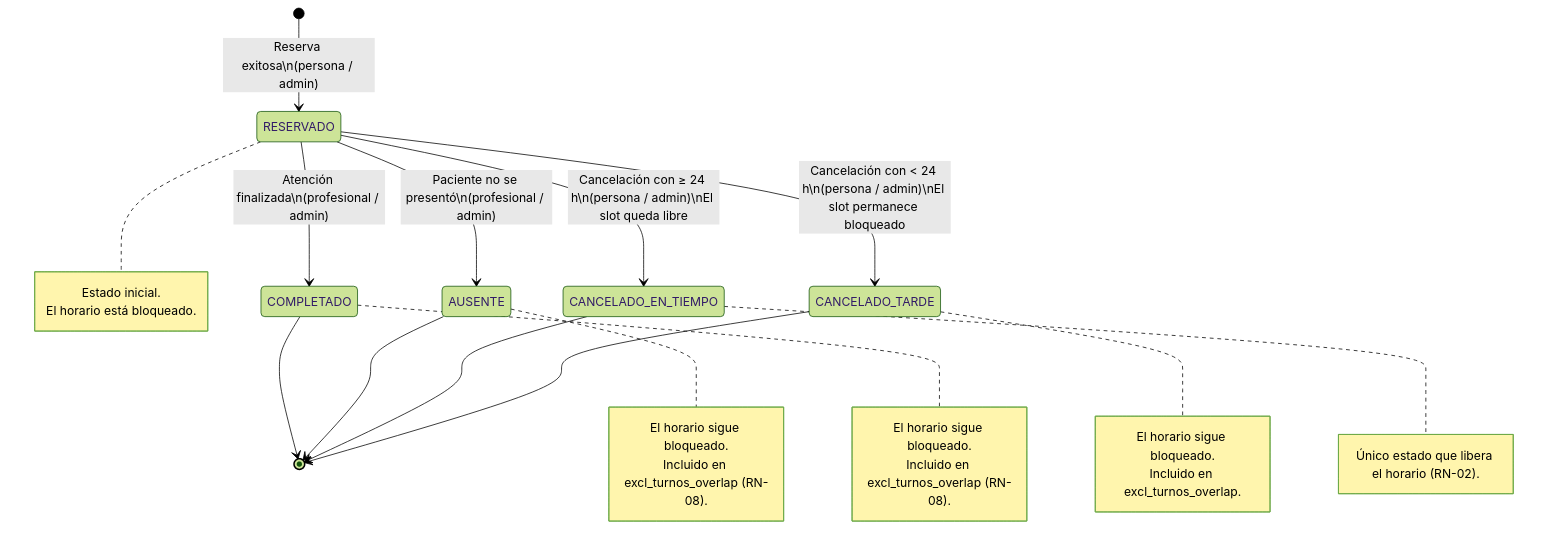
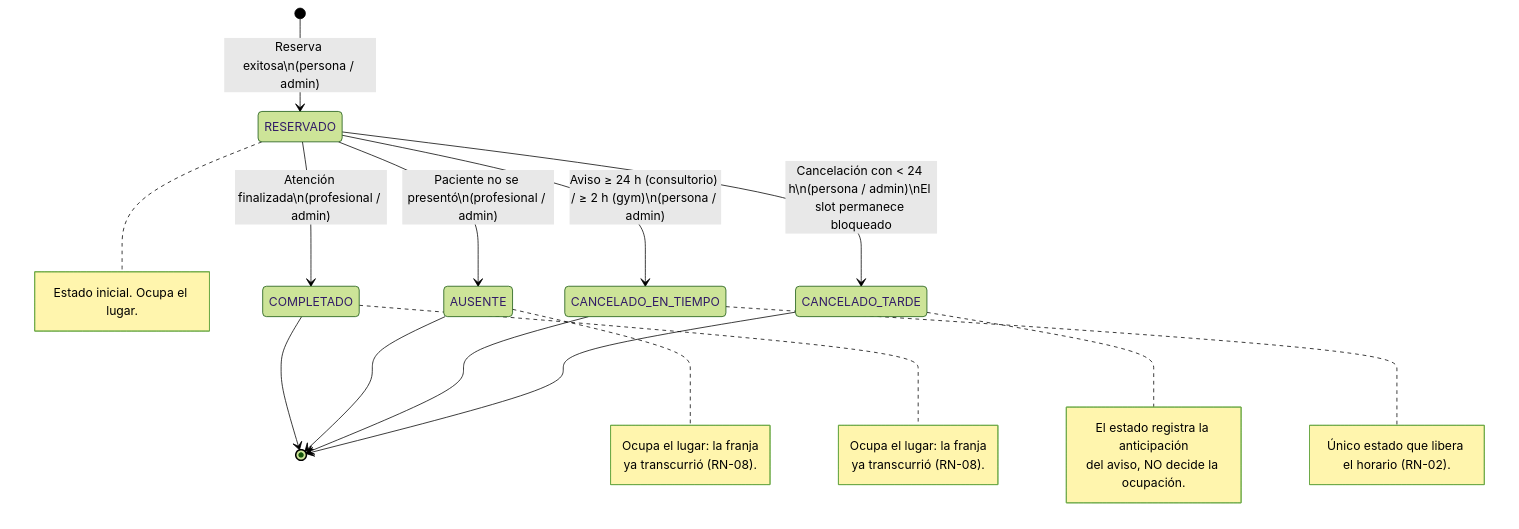
The second of 11 diagrams in docs/02-diseno/diagramas.md (rcalcatelli/vitalys-app), drawn with Mermaid (forest theme) before and after one commit. The commit also changed other lines of this file and 6 other files, not shown here.

````diff
--- a/docs/02-diseno/diagramas.md
+++ b/docs/02-diseno/diagramas.md
@@ -101,41 +101,40 @@
 ```mermaid
 stateDiagram-v2
     [*] --> RESERVADO : Reserva exitosa\n(persona / admin)
 
     RESERVADO --> COMPLETADO : Atención finalizada\n(profesional / admin)
 
     RESERVADO --> AUSENTE : Paciente no se presentó\n(profesional / admin)
 
-    RESERVADO --> CANCELADO_EN_TIEMPO : Cancelación con ≥ 24 h\n(persona / admin)\nEl slot queda libre
+    RESERVADO --> CANCELADO_EN_TIEMPO : Aviso ≥ 24 h (consultorio) / ≥ 2 h (gym)\n(persona / admin)
 
     RESERVADO --> CANCELADO_TARDE : Cancelación con < 24 h\n(persona / admin)\nEl slot permanece bloqueado
 
     COMPLETADO --> [*]
     AUSENTE --> [*]
     CANCELADO_EN_TIEMPO --> [*]
     CANCELADO_TARDE --> [*]
 
     note right of RESERVADO
-        Estado inicial.
-        El horario está bloqueado.
+        Estado inicial. Ocupa el lugar.
     end note
 
     note right of AUSENTE
-        El horario sigue bloqueado.
-        Incluido en excl_turnos_overlap (RN-08).
+        Ocupa el lugar: la franja
+        ya transcurrió (RN-08).
     end note
 
     note right of COMPLETADO
-        El horario sigue bloqueado.
-        Incluido en excl_turnos_overlap (RN-08).
+        Ocupa el lugar: la franja
+        ya transcurrió (RN-08).
     end note
 
     note right of CANCELADO_TARDE
-        El horario sigue bloqueado.
-        Incluido en excl_turnos_overlap.
+        El estado registra la anticipación
+        del aviso, NO decide la ocupación.
     end note
 
     note right of CANCELADO_EN_TIEMPO
         Único estado que libera el horario (RN-02).
     end note
 ```
````
